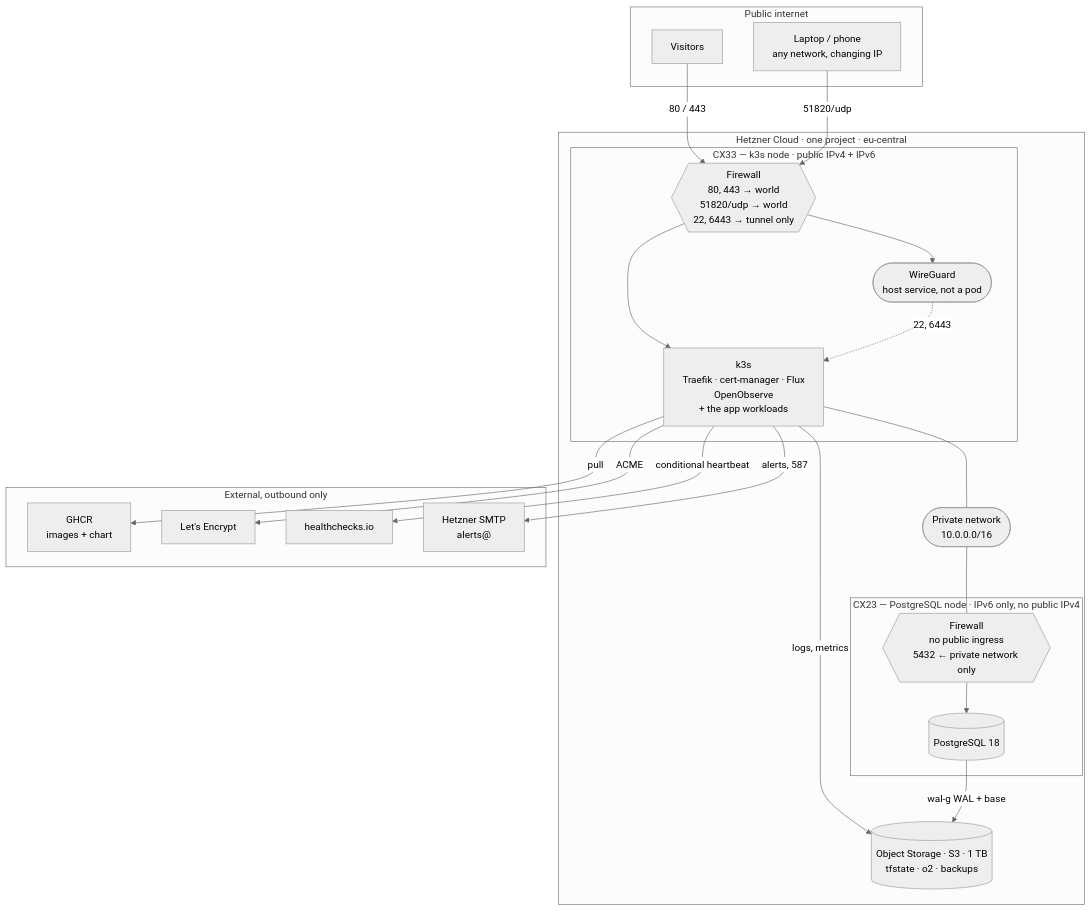
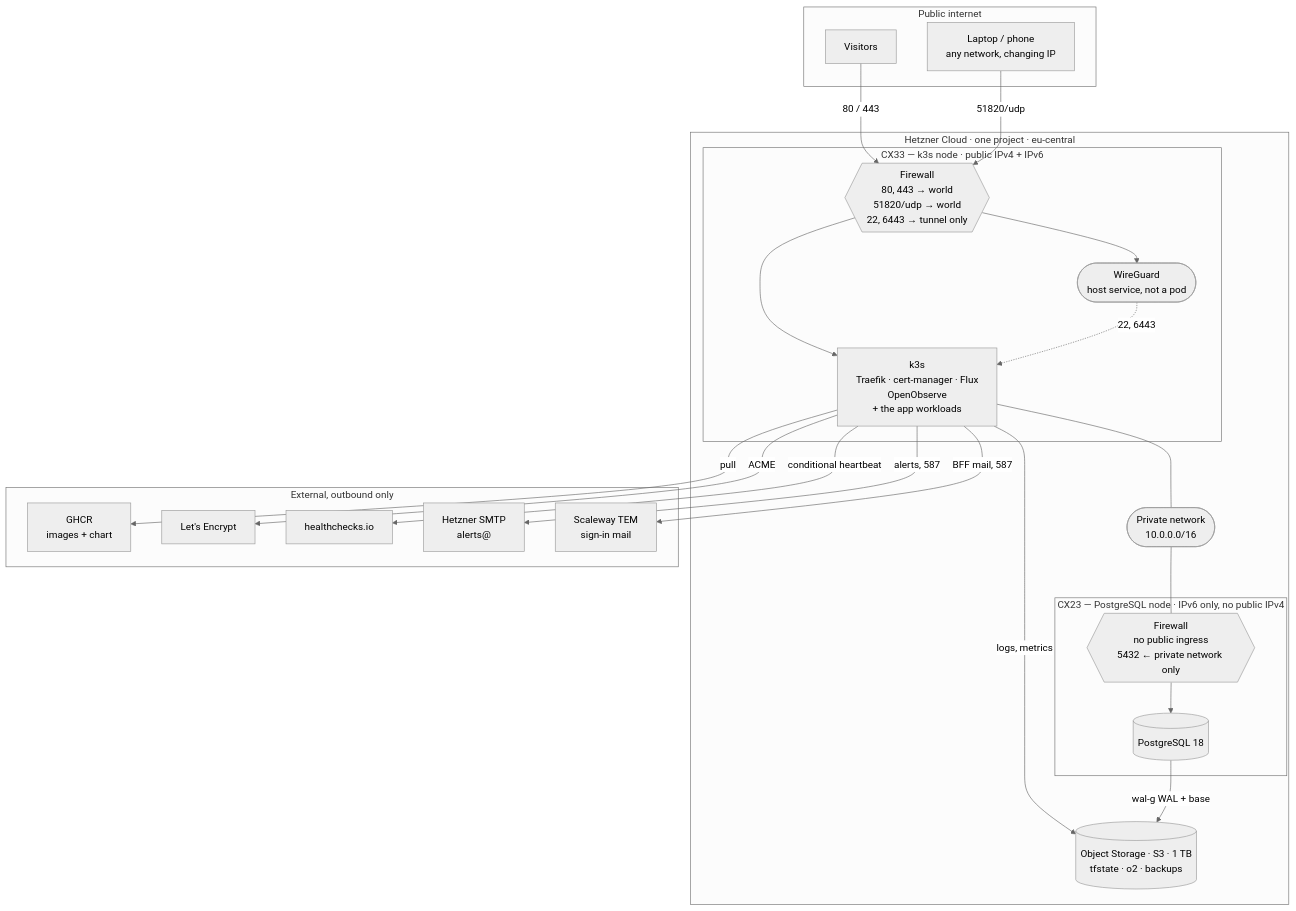
One commit to enorm-labs/event-junkie changed the first of 4 diagrams in docs/ops/PLATFORM_SETUP.md. Above: the diagram before and after it, drawn with Mermaid (neutral theme). The commit also changed 6 other files, not shown here.

First line of the commit message:
chore(deploy): send mail and use the bff database role on both clusters

````diff
--- a/docs/ops/PLATFORM_SETUP.md
+++ b/docs/ops/PLATFORM_SETUP.md
@@ -43,43 +43,45 @@
 ```mermaid
 flowchart TB
     subgraph net["Public internet"]
         vis["Visitors"]
         dev["Laptop / phone<br/>any network, changing IP"]
     end
 
     subgraph hz["Hetzner Cloud · one project · eu-central"]
         subgraph n1["CX33 — k3s node · public IPv4 + IPv6"]
             f1{{"Firewall<br/>80, 443 → world<br/>51820/udp → world<br/>22, 6443 → tunnel only"}}
             wg(["WireGuard<br/>host service, not a pod"])
             k3s["k3s<br/>Traefik · cert-manager · Flux<br/>OpenObserve<br/>+ the app workloads"]
         end
         subgraph n2["CX23 — PostgreSQL node · IPv6 only, no public IPv4"]
             f2{{"Firewall<br/>no public ingress<br/>5432 ← private network only"}}
             pg[("PostgreSQL 18")]
         end
         pn(["Private network<br/>10.0.0.0/16"])
         os[("Object Storage · S3 · 1 TB<br/>tfstate · o2 · backups")]
     end
 
     subgraph ext["External, outbound only"]
         ghcr["GHCR<br/>images + chart"]
         le["Let's Encrypt"]
         hc["healthchecks.io"]
         sm["Hetzner SMTP<br/>alerts@"]
+        tem["Scaleway TEM<br/>sign-in mail"]
     end
 
     vis -->|"80 / 443"| f1
     dev -->|"51820/udp"| f1
     f1 --> wg
     f1 --> k3s
     wg -.->|"22, 6443"| k3s
     k3s --- pn
     pn --- f2
     f2 --> pg
     k3s -->|"logs, metrics"| os
     pg -->|"wal-g WAL + base"| os
     k3s -->|"pull"| ghcr
     k3s -->|"ACME"| le
     k3s -->|"conditional heartbeat"| hc
     k3s -->|"alerts, 587"| sm
+    k3s -->|"BFF mail, 587"| tem
 ```
````
